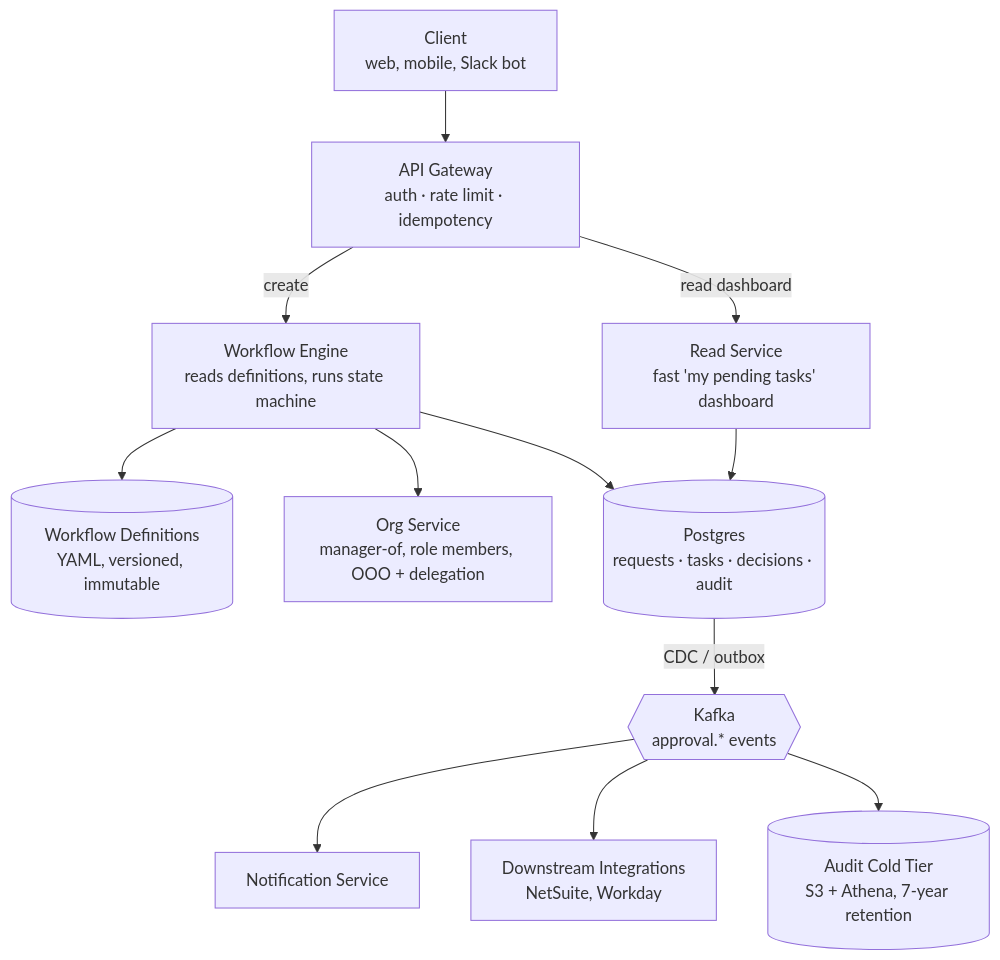
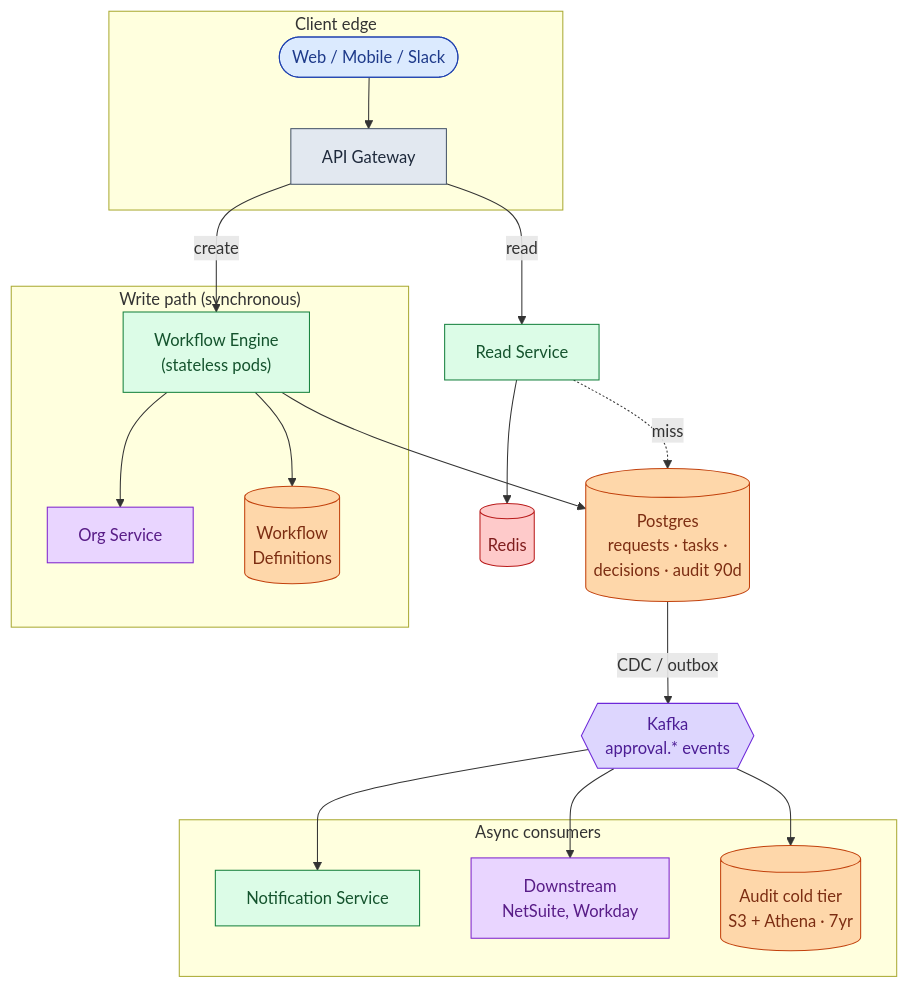
The eighth of 11 diagrams in problems/011-approval-management/question.md (shiningflash/system-design), drawn with Mermaid before and after one commit. The commit also changed other lines of this file and 1 other file, not shown here.

First line of the commit message:
011 approval: clearer prose, color-grouped mermaid, build-up architecture

````diff
--- a/problems/011-approval-management/question.md
+++ b/problems/011-approval-management/question.md
@@ -212,26 +289,47 @@
 ```mermaid
 flowchart TB
-    Client["Client<br/>web, mobile, Slack bot"]
-    Gateway["API Gateway<br/>auth · rate limit · idempotency"]
-    Engine["Workflow Engine<br/>reads definitions, runs state machine"]
-    Read["Read Service<br/>fast 'my pending tasks' dashboard"]
-    Defs[("Workflow Definitions<br/>YAML, versioned, immutable")]
-    Org["Org Service<br/>manager-of, role members, OOO + delegation"]
-    DB[("Postgres<br/>requests · tasks · decisions · audit")]
-    Kafka{{"Kafka<br/>approval.* events"}}
-    Notify["Notification Service"]
-    Integ["Downstream Integrations<br/>NetSuite, Workday"]
-    Audit[("Audit Cold Tier<br/>S3 + Athena, 7-year retention")]
+    subgraph Edge["Client edge"]
+        C([Web / Mobile / Slack]):::user
+        GW["API Gateway"]:::edge
+    end
 
-    Client --> Gateway
-    Gateway -->|create| Engine
-    Gateway -->|read dashboard| Read
-    Engine --> Defs
-    Engine --> Org
-    Engine --> DB
-    Read --> DB
-    DB -->|CDC / outbox| Kafka
-    Kafka --> Notify
-    Kafka --> Integ
-    Kafka --> Audit
+    subgraph WritePath["Write path (synchronous)"]
+        E["Workflow Engine<br/>(stateless pods)"]:::app
+        O["Org Service"]:::ext
+        Defs[("Workflow<br/>Definitions")]:::db
+    end
+
+    DB[("Postgres<br/>requests · tasks ·<br/>decisions · audit 90d")]:::db
+
+    R["Read Service"]:::app
+    Cache[("Redis")]:::cache
+
+    K{{"Kafka<br/>approval.* events"}}:::queue
+
+    subgraph Consumers["Async consumers"]
+        N["Notification Service"]:::app
+        I["Downstream<br/>NetSuite, Workday"]:::ext
+        A[("Audit cold tier<br/>S3 + Athena · 7yr")]:::db
+    end
+
+    C --> GW
+    GW -->|create| E
+    GW -->|read| R
+    E --> Defs
+    E --> O
+    E --> DB
+    R --> Cache
+    R -.miss.-> DB
+    DB -->|CDC / outbox| K
+    K --> N
+    K --> I
+    K --> A
+
+    classDef user fill:#dbeafe,stroke:#1e40af,color:#1e3a8a
+    classDef edge fill:#e2e8f0,stroke:#475569,color:#1e293b
+    classDef app fill:#dcfce7,stroke:#15803d,color:#14532d
+    classDef db fill:#fed7aa,stroke:#c2410c,color:#7c2d12
+    classDef cache fill:#fecaca,stroke:#b91c1c,color:#7f1d1d
+    classDef queue fill:#ddd6fe,stroke:#6d28d9,color:#4c1d95
+    classDef ext fill:#e9d5ff,stroke:#7e22ce,color:#581c87
 ```
````
